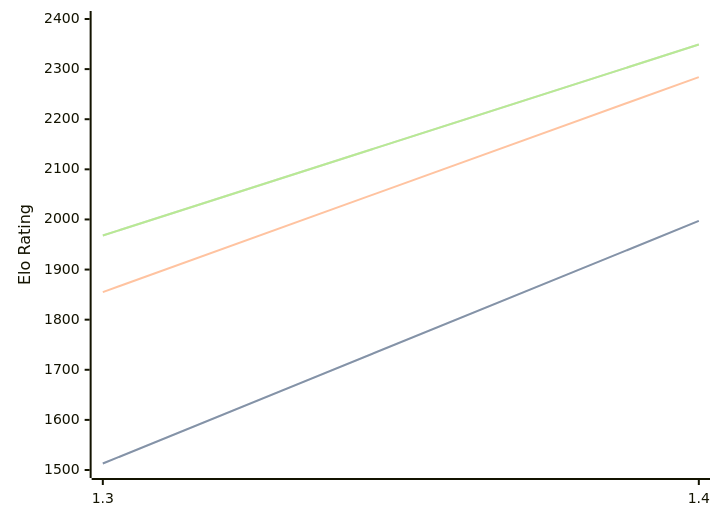
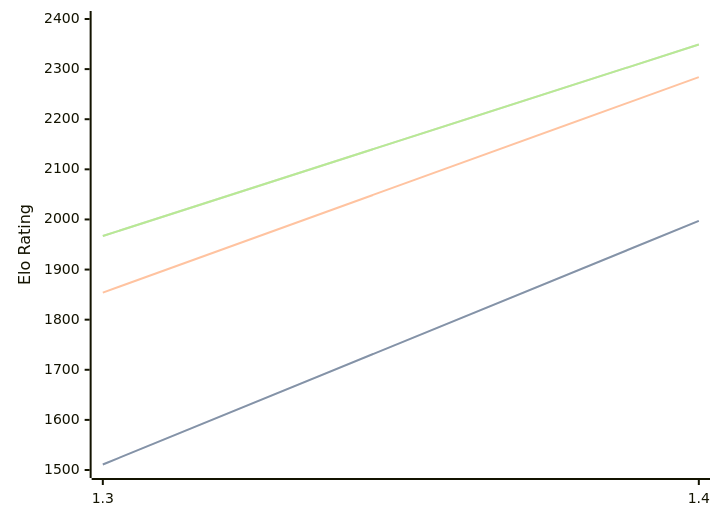
Before and after one commit to computer-chess-index/cci: the diagram in engines/Facon.md, drawn with Mermaid. The commit also changed other lines of this file, not shown here.

Commit message:
Update CCI Ratings (ELO VLTC) - 2026-05-22

````diff
--- a/engines/Facon.md
+++ b/engines/Facon.md
@@ -35,11 +35,11 @@
 ```mermaid
 %%{init: {"theme":"base","themeVariables":{"seriesColors:['#a3a3a3','#222221','#faa371']}}}%%
 xychart-beta
   x-axis ["1.3", "1.4"]
   y-axis "Elo Rating" 1500 --> 2400
-  line "STC (8.0+0.08s)" [1513, 1997]
-  line "STC (8.0+0.08s)" [1513, 1997]
-  line "LTC (60.0+0.60s)" [1855, 2284]
-  line "VLTC (2m24s+1.12s)" [1968, 2349]
-  line "VLTC (2m24s+1.12s)" [1968, 2349]
+  line "STC (8.0+0.08s)" [1511, 1997]
+  line "STC (8.0+0.08s)" [1511, 1997]
+  line "LTC (60.0+0.60s)" [1854, 2284]
+  line "VLTC (2m24s+1.12s)" [1967, 2349]
+  line "VLTC (2m24s+1.12s)" [1967, 2349]
 ```
````
